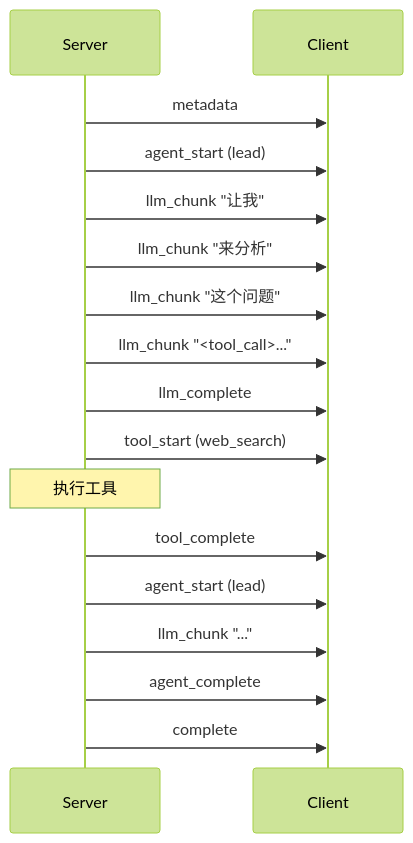
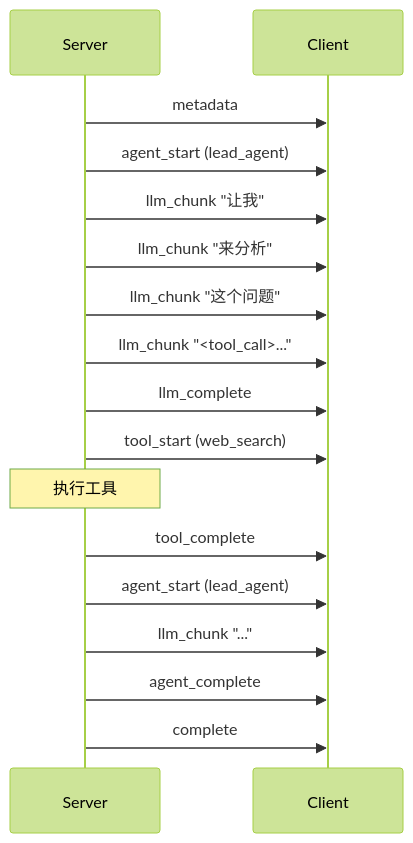
One commit to Neutrino1998/artifact-flow changed the second of 3 diagrams in docs/streaming.md. Above: the diagram before and after it, drawn with Mermaid (forest theme). The commit also changed other lines of this file and 4 other files, not shown here.

````diff
--- a/docs/streaming.md
+++ b/docs/streaming.md
@@ -58,23 +58,23 @@
 ```mermaid
 sequenceDiagram
     participant S as Server
     participant C as Client
 
     S->>C: metadata
-    S->>C: agent_start (lead)
+    S->>C: agent_start (lead_agent)
     S->>C: llm_chunk "让我"
     S->>C: llm_chunk "来分析"
     S->>C: llm_chunk "这个问题"
     S->>C: llm_chunk "<tool_call>..."
     S->>C: llm_complete
 
     S->>C: tool_start (web_search)
     Note over S: 执行工具
     S->>C: tool_complete
 
-    S->>C: agent_start (lead)
+    S->>C: agent_start (lead_agent)
     S->>C: llm_chunk "..."
     S->>C: agent_complete
 
     S->>C: complete
 ```
````
